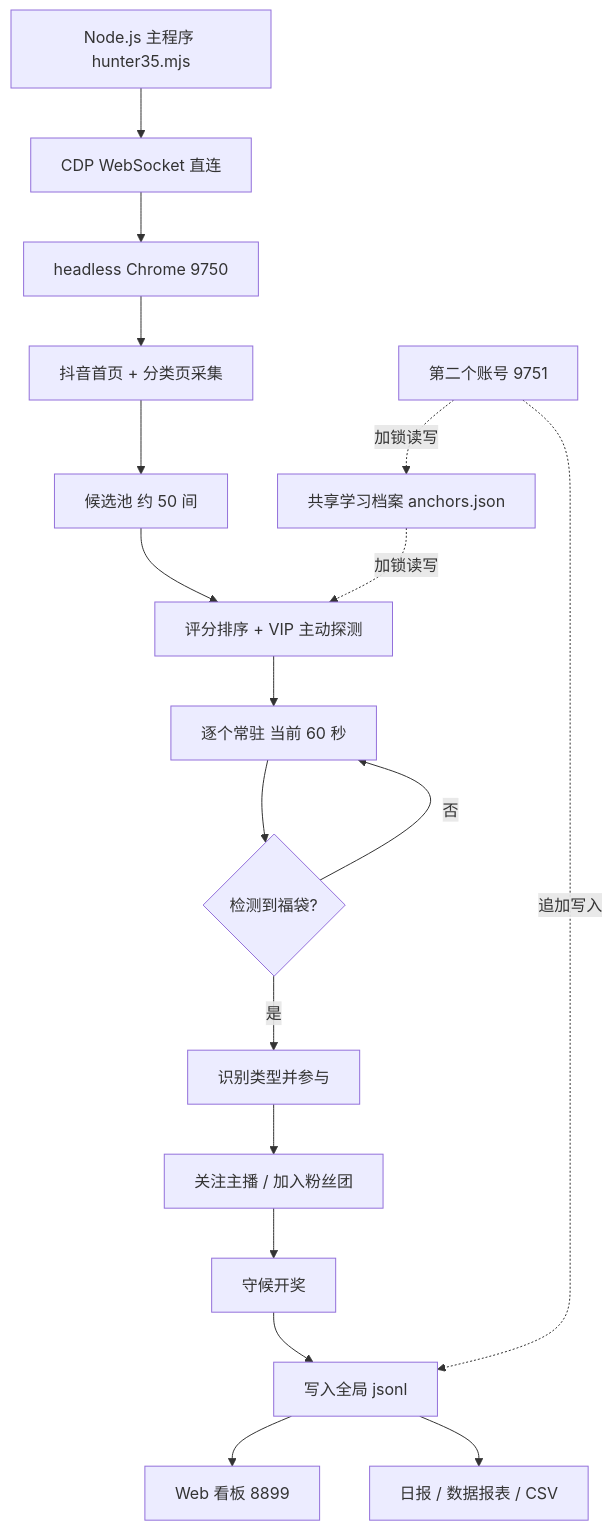
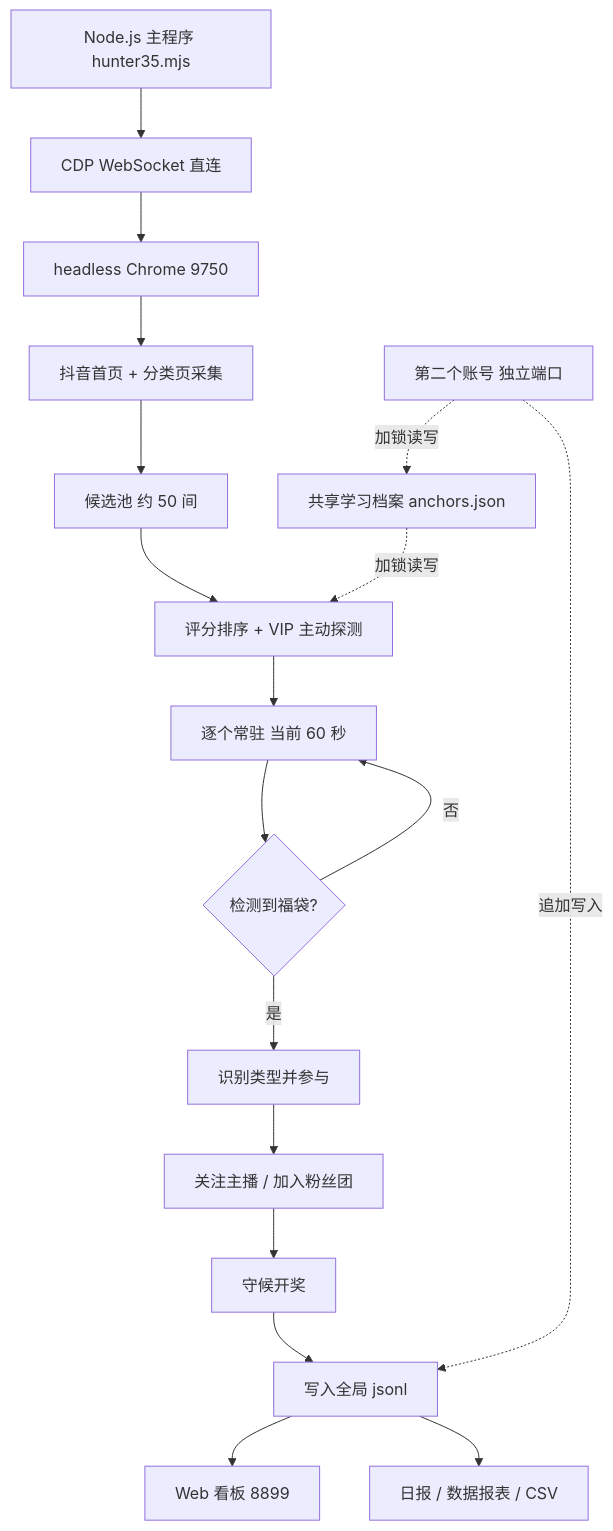
The diagram in README.md (DLDLDL13579/douyin-fudai-agent), drawn with Mermaid before and after one commit. The commit also changed other lines of this file, not shown here.

````diff
--- a/README.md
+++ b/README.md
@@ -62,20 +91,20 @@
 ```mermaid
 flowchart TD
     A["Node.js 主程序 hunter35.mjs"] --> B["CDP WebSocket 直连"]
     B --> C["headless Chrome 9750"]
     C --> D["抖音首页 + 分类页采集"]
     D --> E["候选池 约 50 间"]
     E --> F["评分排序 + VIP 主动探测"]
     F --> G["逐个常驻 当前 60 秒"]
     G --> H{"检测到福袋?"}
     H -->|是| I["识别类型并参与"]
     I --> J["关注主播 / 加入粉丝团"]
     J --> K["守候开奖"]
     K --> L["写入全局 jsonl"]
     H -->|否| G
     L --> M["Web 看板 8899"]
     L --> N["日报 / 数据报表 / CSV"]
     O["共享学习档案 anchors.json"] -.加锁读写.-> F
-    P["第二个账号 9751"] -.追加写入.-> L
+    P["第二个账号 独立端口"] -.追加写入.-> L
     P -.加锁读写.-> O
 ```
````
